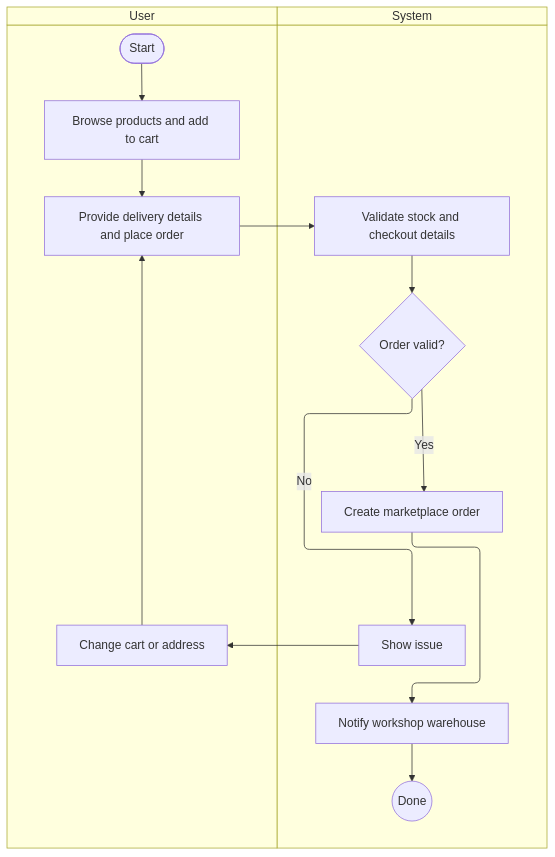
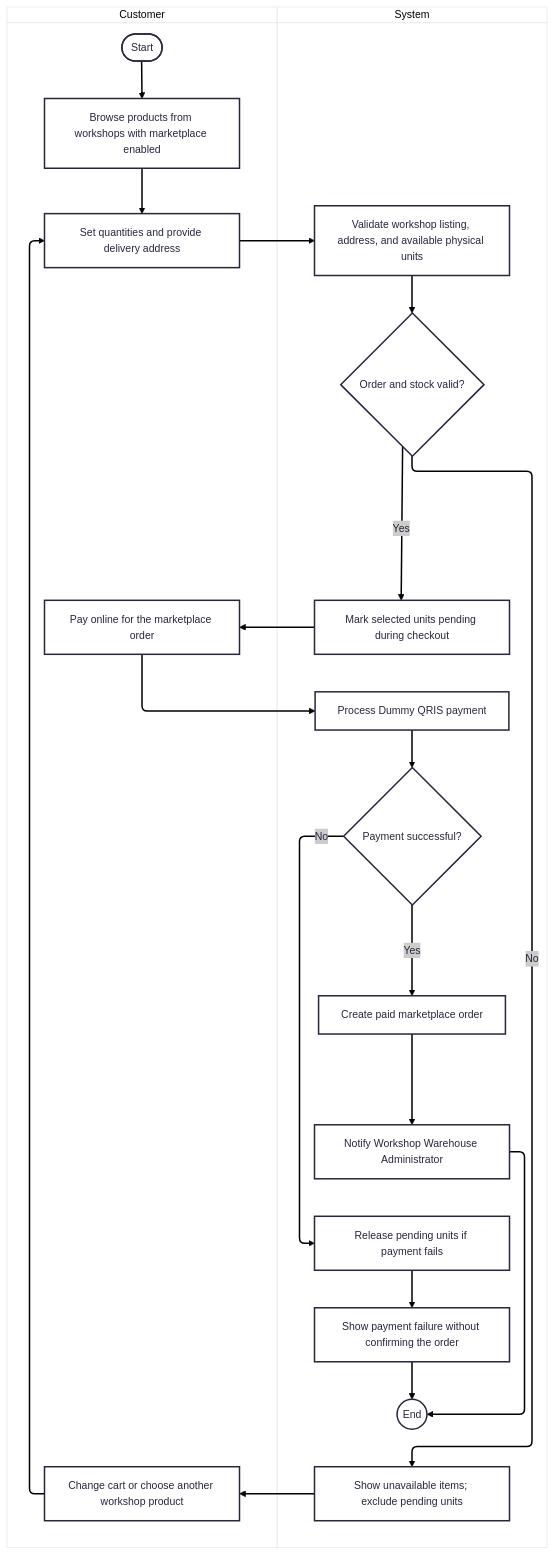
Before and after one commit to Service-Ride-Project/dokumen: the diagram in skpl/Activity Diagram/10-order-product-on-marketplace.mmd, drawn with Mermaid. The commit also changed 37 other files, not shown here.

```diff
--- a/skpl/Activity Diagram/10-order-product-on-marketplace.mmd
+++ b/skpl/Activity Diagram/10-order-product-on-marketplace.mmd
@@ -1,20 +1,29 @@
+%%{init: {"theme": "redux-color"}}%%
 swimlane-beta TB
-  subgraph User["User"]
+  subgraph Customer["Customer"]
     start([Start])
-    browse[Browse products and add to cart]
-    checkout[Provide delivery details and place order]
-    revise[Change cart or address]
+    browse[Browse products from workshops with marketplace enabled]
+    checkout[Set quantities and provide delivery address]
+    pay[Pay online for the marketplace order]
+    revise[Change cart or choose another workshop product]
   end
 
   subgraph System["System"]
-    check[Validate stock and checkout details]
-    valid{Order valid?}
-    create[Create marketplace order]
-    error[Show issue]
-    notify[Notify workshop warehouse]
-    done((Done))
+    check[Validate workshop listing, address, and available physical units]
+    valid{Order and stock valid?}
+    unavailable[Show unavailable items; exclude pending units]
+    reserve[Mark selected units pending during checkout]
+    process[Process Dummy QRIS payment]
+    paid{Payment successful?}
+    create[Create paid marketplace order]
+    release[Release pending units if payment fails]
+    notify[Notify Workshop Warehouse Administrator]
+    fail[Show payment failure without confirming the order]
+    finish((End))
   end
 
   start --> browse --> checkout --> check --> valid
-  valid -->|No| error --> revise --> checkout
-  valid -->|Yes| create --> notify --> done
+  valid -->|No| unavailable --> revise --> checkout
+  valid -->|Yes| reserve --> pay --> process --> paid
+  paid -->|No| release --> fail --> finish
+  paid -->|Yes| create --> notify --> finish
```
